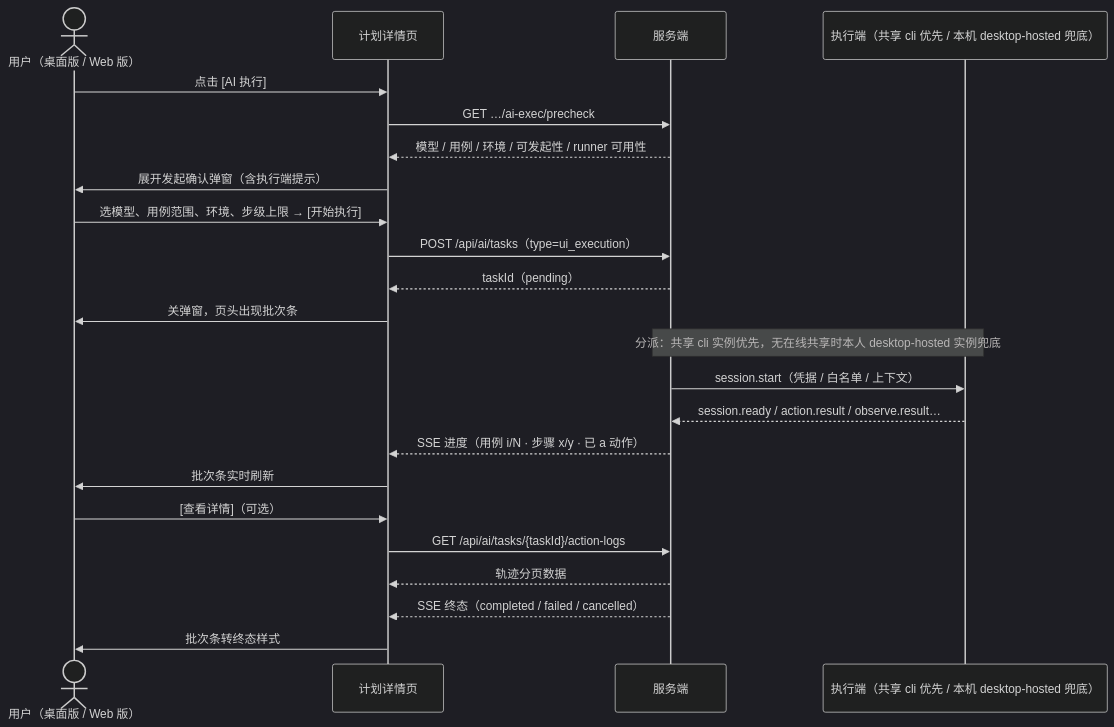
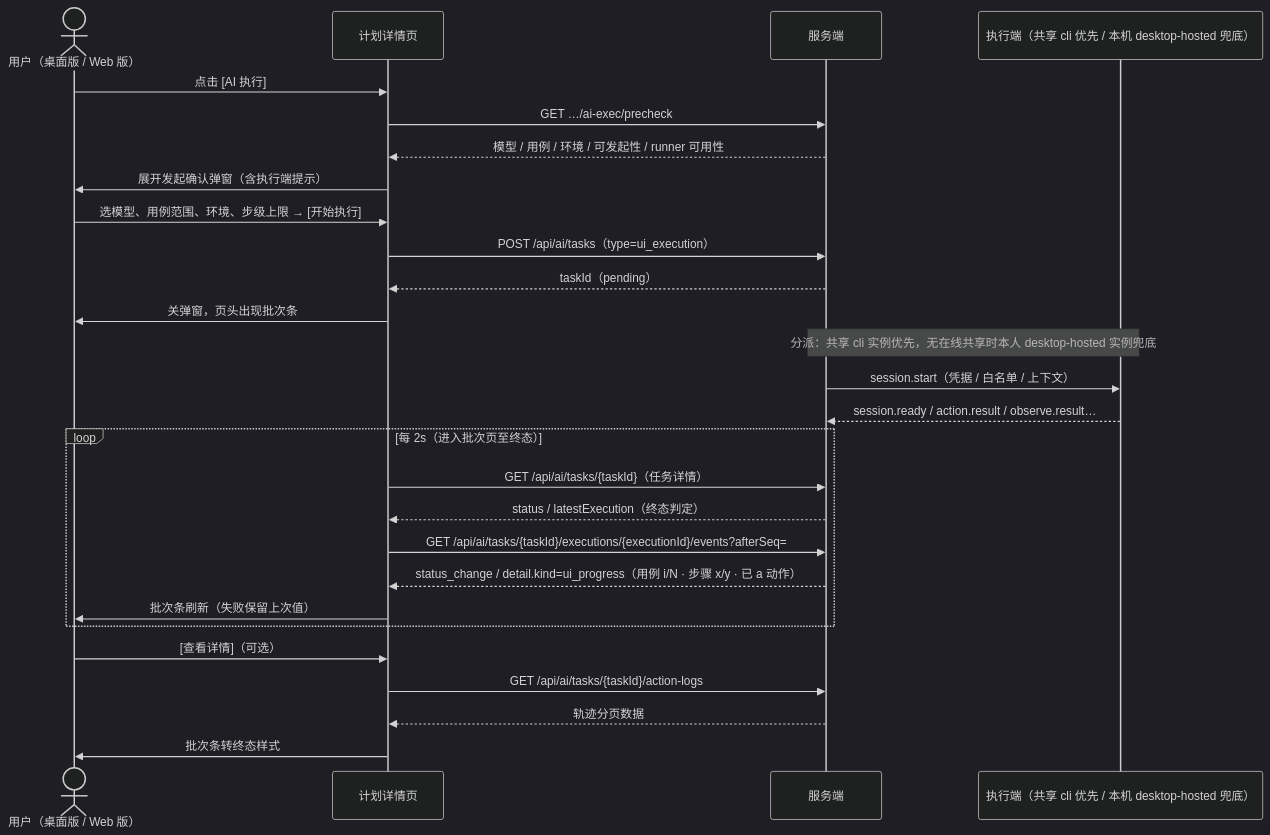
The first of 2 diagrams in docs/05-interaction-design/03-function-testing/07-workspace-ui-ai-execution.md (XiaoMiSum/robotest), drawn with Mermaid (dark theme) before and after one commit. The commit also changed other lines of this file and 5 other files, not shown here.

````diff
--- a/docs/05-interaction-design/03-function-testing/07-workspace-ui-ai-execution.md
+++ b/docs/05-interaction-design/03-function-testing/07-workspace-ui-ai-execution.md
@@ -251,25 +252,29 @@
 ```mermaid
 sequenceDiagram
     actor U as 用户（桌面版 / Web 版）
     participant P as 计划详情页
     participant S as 服务端
     participant R as 执行端（共享 cli 优先 / 本机 desktop-hosted 兜底）
     U->>P: 点击 [AI 执行]
     P->>S: GET …/ai-exec/precheck
     S-->>P: 模型 / 用例 / 环境 / 可发起性 / runner 可用性
     P->>U: 展开发起确认弹窗（含执行端提示）
     U->>P: 选模型、用例范围、环境、步级上限 → [开始执行]
     P->>S: POST /api/ai/tasks（type=ui_execution）
     S-->>P: taskId（pending）
     P->>U: 关弹窗，页头出现批次条
     Note over S,R: 分派：共享 cli 实例优先，无在线共享时本人 desktop-hosted 实例兜底
     S->>R: session.start（凭据 / 白名单 / 上下文）
     R-->>S: session.ready / action.result / observe.result…
-    S-->>P: SSE 进度（用例 i/N · 步骤 x/y · 已 a 动作）
-    P->>U: 批次条实时刷新
+    loop 每 2s（进入批次页至终态）
+        P->>S: GET /api/ai/tasks/{taskId}（任务详情）
+        S-->>P: status / latestExecution（终态判定）
+        P->>S: GET /api/ai/tasks/{taskId}/executions/{executionId}/events?afterSeq=
+        S-->>P: status_change / detail.kind=ui_progress（用例 i/N · 步骤 x/y · 已 a 动作）
+        P->>U: 批次条刷新（失败保留上次值）
+    end
     U->>P: [查看详情]（可选）
     P->>S: GET /api/ai/tasks/{taskId}/action-logs
     S-->>P: 轨迹分页数据
-    S-->>P: SSE 终态（completed / failed / cancelled）
     P->>U: 批次条转终态样式
 ```
````
